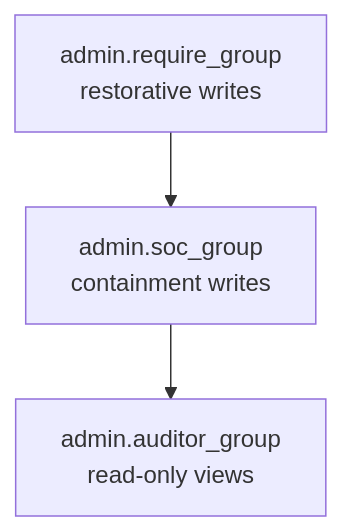
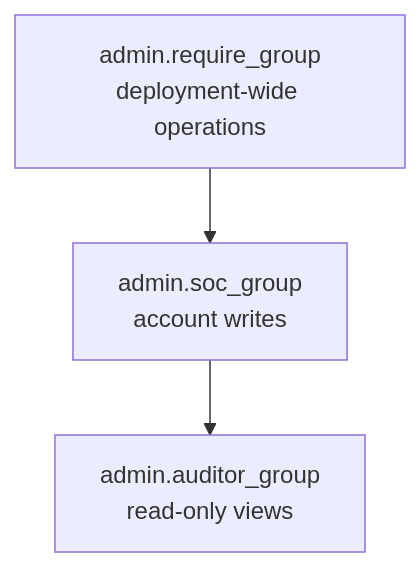
Before and after one commit to mnestor/ssoossh: the diagram in user-docs/src/content/docs/operations/roles.md, drawn with Mermaid. The commit also changed other lines of this file and 6 other files, not shown here.

````diff
--- a/user-docs/src/content/docs/operations/roles.md
+++ b/user-docs/src/content/docs/operations/roles.md
@@ -51,11 +52,11 @@
 ```mermaid
 flowchart TD
     accTitle: How the three admin groups nest
     accDescr {
       Three configuration keys, each a superset of the one below it.
-      admin.require_group grants restorative writes, admin.soc_group grants
-      containment writes, and admin.auditor_group grants read-only views.
+      admin.require_group grants deployment-wide operations, admin.soc_group
+      grants account writes, and admin.auditor_group grants read-only views.
     }
-    A["admin.require_group<br/>restorative writes"] --> S["admin.soc_group<br/>containment writes"]
+    A["admin.require_group<br/>deployment-wide operations"] --> S["admin.soc_group<br/>account writes"]
     S --> V["admin.auditor_group<br/>read-only views"]
 ```
````
